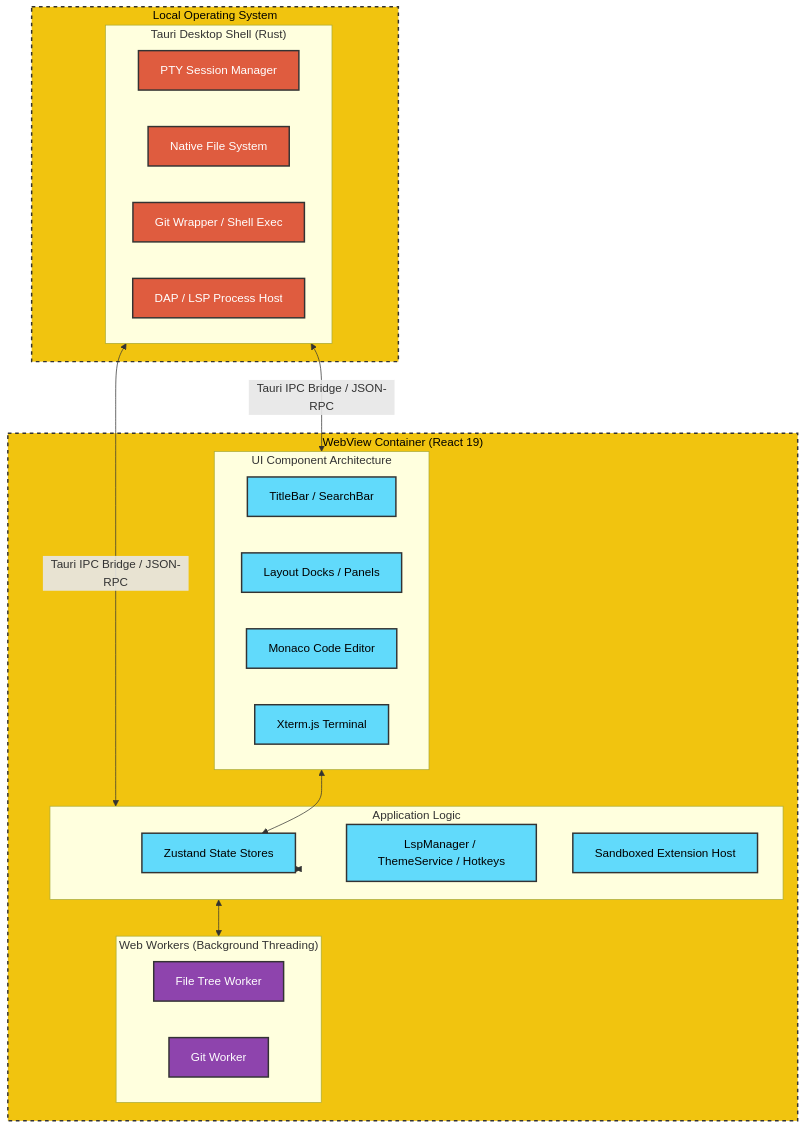
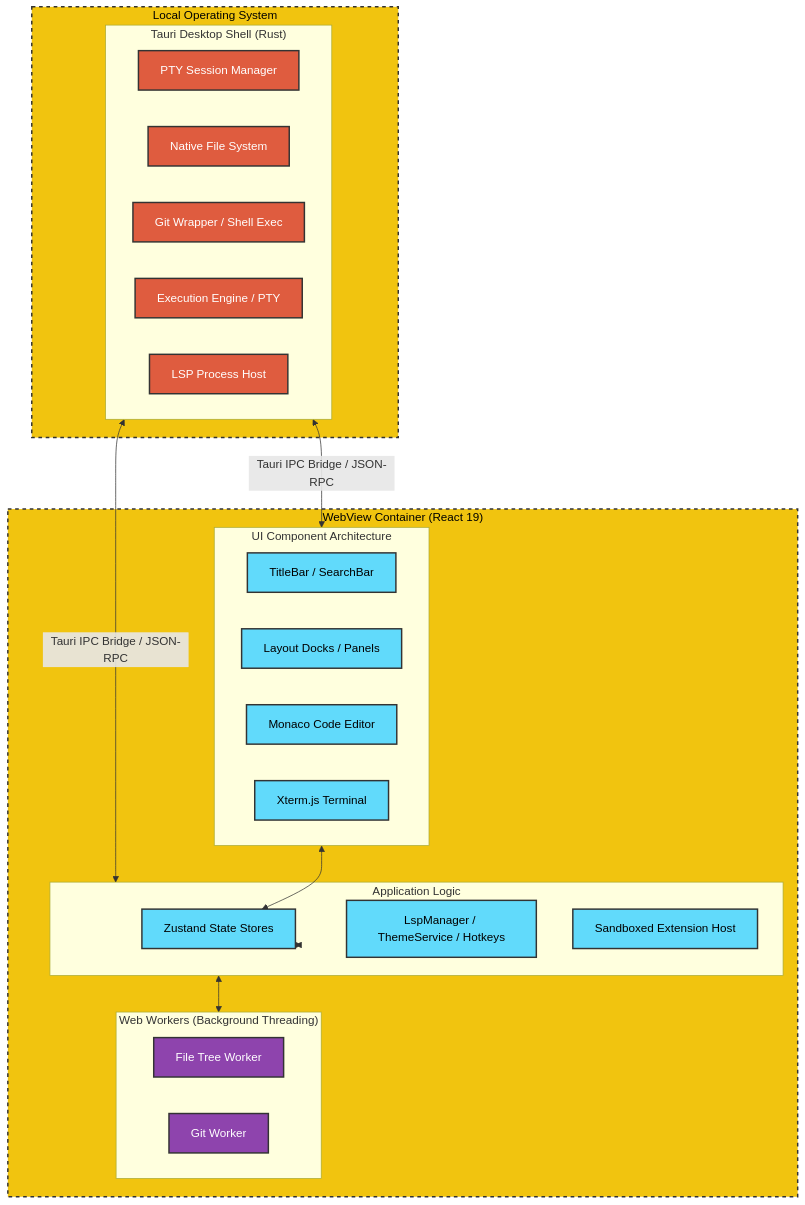
The diagram in Documentation/Overview.md (beast-ofcourse/Quantum), drawn with Mermaid before and after one commit. The commit also changed other lines of this file and 75 other files, not shown here.

First line of the commit message:
refactor: split git.rs into modules, add execution engine, fix review issues

````diff
--- a/Documentation/Overview.md
+++ b/Documentation/Overview.md
@@ -36,46 +36,47 @@
 ```mermaid
 graph TD
     %% Styling
     classDef rust fill:#df5c3f,stroke:#333,stroke-width:2px,color:#fff;
     classDef react fill:#61dafb,stroke:#333,stroke-width:2px,color:#000;
     classDef worker fill:#8e44ad,stroke:#333,stroke-width:2px,color:#fff;
     classDef boundary fill:#f1c40f,stroke:#333,stroke-width:2px,stroke-dasharray: 5 5,color:#000;
 
     subgraph OS ["Local Operating System"]
         subgraph RustBackend ["Tauri Desktop Shell (Rust)"]
             PTY[PTY Session Manager]:::rust
             FS[Native File System]:::rust
             GIT[Git Wrapper / Shell Exec]:::rust
-            DAP[DAP / LSP Process Host]:::rust
+            EXEC[Execution Engine / PTY]:::rust
+            LSP[LSP Process Host]:::rust
         end
     end
 
     subgraph WebView ["WebView Container (React 19)"]
         subgraph UIComponents ["UI Component Architecture"]
             TitleBar[TitleBar / SearchBar]:::react
             Docks[Layout Docks / Panels]:::react
             Monaco[Monaco Code Editor]:::react
             Xterm[Xterm.js Terminal]:::react
         end
 
         subgraph Logic ["Application Logic"]
             Zustand[Zustand State Stores]:::react
             Services[LspManager / ThemeService / Hotkeys]:::react
             ExtHost[Sandboxed Extension Host]:::react
         end
 
         subgraph Workers ["Web Workers (Background Threading)"]
             TreeWorker[File Tree Worker]:::worker
             GitWorker[Git Worker]:::worker
         end
     end
 
     %% Communication Bridges
     RustBackend <-->|Tauri IPC Bridge / JSON-RPC| UIComponents
     RustBackend <-->|Tauri IPC Bridge / JSON-RPC| Logic
     Logic <--> Workers
     UIComponents <--> Zustand
     Logic <--> Zustand
 
     class OS,WebView boundary;
 ```
````
